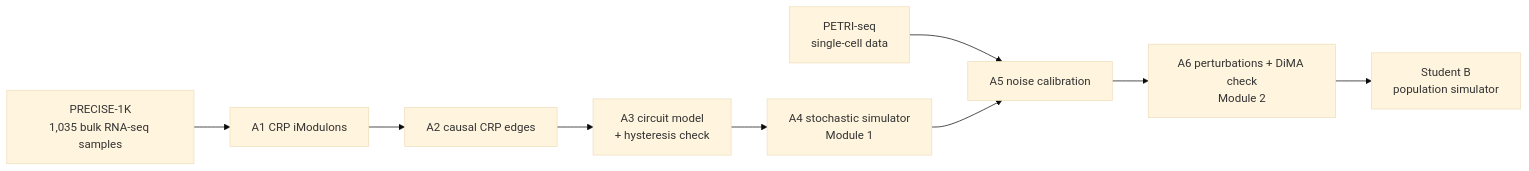
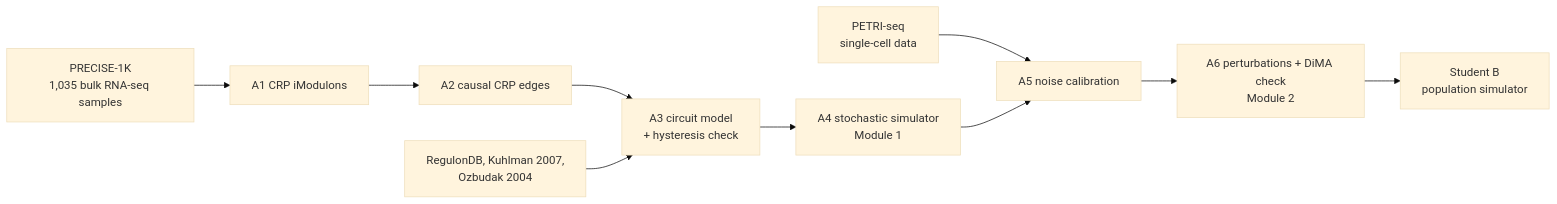
The diagram in README.md (Ahinueosora/stochbridge), drawn with Mermaid (base theme) before and after one commit. The commit also changed other lines of this file and 27 other files, not shown here.

````diff
--- a/README.md
+++ b/README.md
@@ -15,11 +60,12 @@
 ```mermaid
 flowchart LR
   P[PRECISE-1K<br/>1,035 bulk RNA-seq samples] --> A1[A1 CRP iModulons]
   A1 --> A2[A2 causal CRP edges]
   A2 --> A3[A3 circuit model<br/>+ hysteresis check]
+  R[RegulonDB, Kuhlman 2007,<br/>Ozbudak 2004] --> A3
   A3 --> A4[A4 stochastic simulator<br/>Module 1]
   S[PETRI-seq<br/>single-cell data] --> A5[A5 noise calibration]
   A4 --> A5
   A5 --> A6[A6 perturbations + DiMA check<br/>Module 2]
   A6 --> B[Student B<br/>population simulator]
 ```
````
